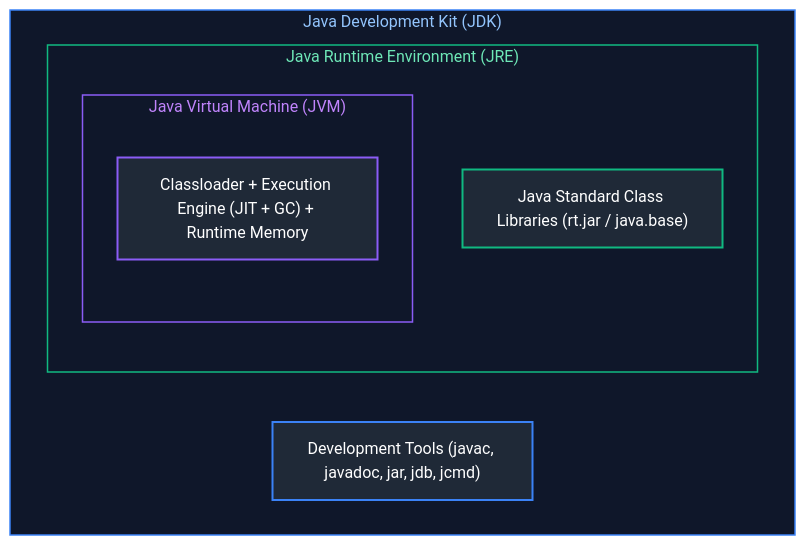
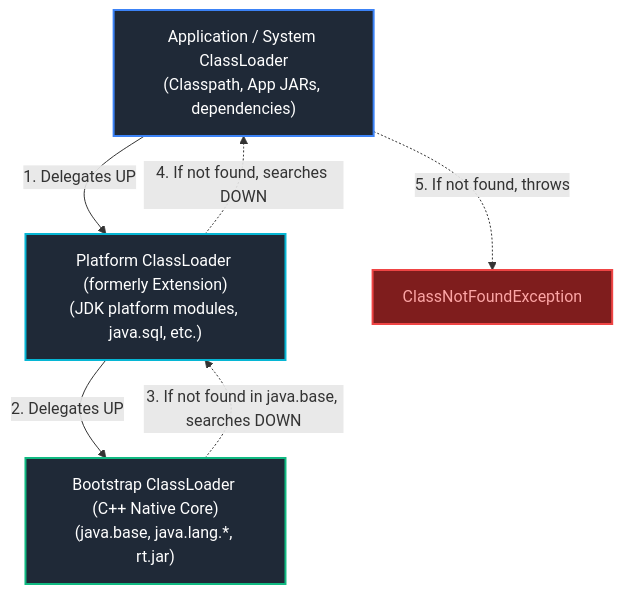
One commit to joydeep-biswas/Interview-Preparation changed the second of 11 diagrams in Java Backend Engineering/05_jvm_memory_io_reflection_runtime.md. Above: the diagram before and after it, drawn with Mermaid. The commit also changed other lines of this file and 143 other files, not shown here.

````diff
--- a/Java Backend Engineering/05_jvm_memory_io_reflection_runtime.md
+++ b/Java Backend Engineering/05_jvm_memory_io_reflection_runtime.md
@@ -88,20 +240,15 @@
 ```mermaid
 flowchart TD
-    subgraph JDK["Java Development Kit (JDK)"]
-        Tools["Development Tools (javac, javadoc, jar, jdb, jcmd)"]
-        subgraph JRE["Java Runtime Environment (JRE)"]
-            Libraries["Java Standard Class Libraries (rt.jar / java.base)"]
-            subgraph JVM["Java Virtual Machine (JVM)"]
-                Engine["Classloader + Execution Engine (JIT + GC) + Runtime Memory"]
-            end
-        end
-    end
+    AppCL["Application / System ClassLoader<br/>(Classpath, App JARs, dependencies)"]
+    -->|"1. Delegates UP"| PlatCL["Platform ClassLoader (formerly Extension)<br/>(JDK platform modules, java.sql, etc.)"]
+    PlatCL -->|"2. Delegates UP"| BootCL["Bootstrap ClassLoader (C++ Native Core)<br/>(java.base, java.lang.*, rt.jar)"]
 
-    style JDK fill:#0f172a,stroke:#3b82f6,stroke-width:1.5px,color:#93c5fd
-    style JRE fill:#0f172a,stroke:#10b981,stroke-width:1.5px,color:#6ee7b7
-    style JVM fill:#0f172a,stroke:#8b5cf6,stroke-width:1.5px,color:#c084fc
+    BootCL -.->|"3. If not found in java.base, searches DOWN"| PlatCL
+    PlatCL -.->|"4. If not found, searches DOWN"| AppCL
+    AppCL -.->|"5. If not found, throws"| CNF["ClassNotFoundException"]
 
-    style Tools fill:#1f2937,stroke:#3b82f6,stroke-width:2px,color:#fff
-    style Libraries fill:#1f2937,stroke:#10b981,stroke-width:2px,color:#fff
-    style Engine fill:#1f2937,stroke:#8b5cf6,stroke-width:2px,color:#fff
+    style AppCL fill:#1f2937,stroke:#3b82f6,stroke-width:2px,color:#fff
+    style PlatCL fill:#1f2937,stroke:#06b6d4,stroke-width:2px,color:#fff
+    style BootCL fill:#1f2937,stroke:#10b981,stroke-width:2px,color:#fff
+    style CNF fill:#7f1d1d,stroke:#ef4444,stroke-width:2px,color:#fca5a5
 ```
````
